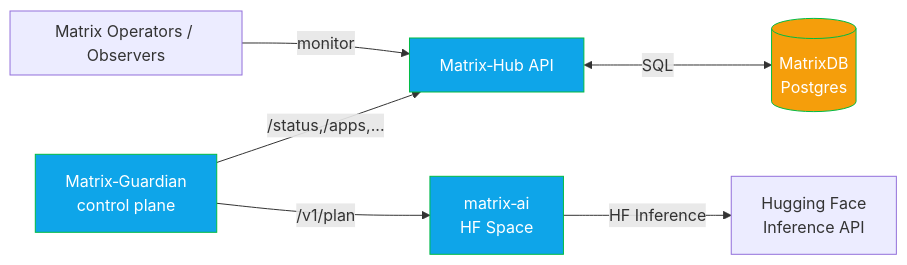
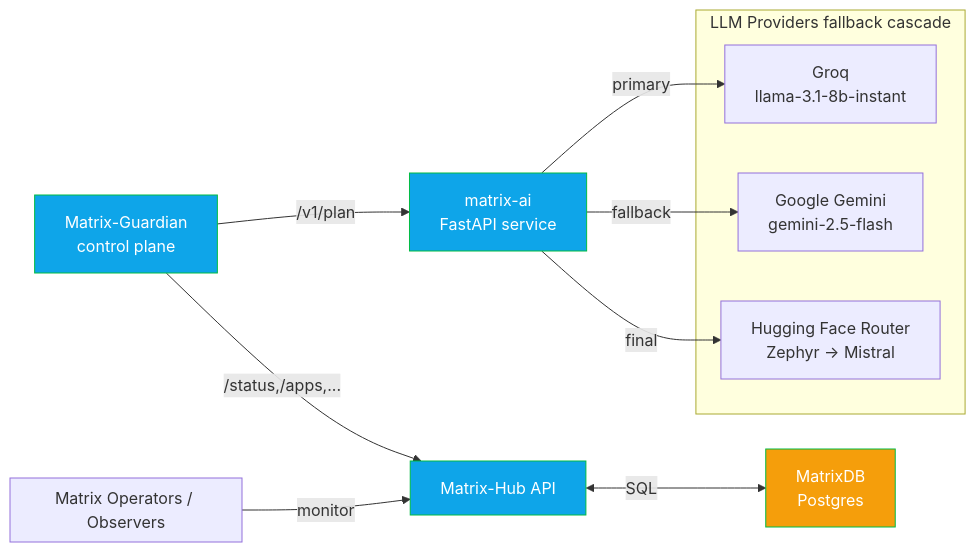
Before and after one commit to agent-matrix/matrix-ai: the first of 3 diagrams in README.md, drawn with Mermaid. The commit also changed other lines of this file, not shown here.

````diff
--- a/README.md
+++ b/README.md
@@ -33,21 +43,25 @@
 ```mermaid
 flowchart LR
-  subgraph Client[Matrix Operators / Observers]
-  end
+    subgraph Client [Matrix Operators / Observers]
+    end
 
-  Client -->|monitor| HubAPI[Matrix‑Hub API]
-  Guardian[Matrix‑Guardian
-control plane] -->|/v1/plan| AI[matrix‑ai
-HF Space]
-  Guardian -->|/status,/apps,...| HubAPI
-  HubAPI <-->|SQL| DB[(MatrixDB
-Postgres)]
+    Client -->|monitor| HubAPI[Matrix-Hub API]
+    Guardian[Matrix-Guardian<br/>control plane] -->|/v1/plan| AI[matrix-ai<br/>FastAPI service]
+    Guardian -->|/status,/apps,...| HubAPI
+    HubAPI <-->|SQL| DB[MatrixDB<br/>Postgres]
 
-  AI -->|HF Inference| HF[Hugging Face
-Inference API]
+    subgraph LLM [LLM Providers fallback cascade]
+        GROQ[Groq<br/>llama-3.1-8b-instant]
+        GEM[Google Gemini<br/>gemini-2.5-flash]
+        HF[Hugging Face Router<br/>Zephyr → Mistral]
+    end
 
-  classDef svc fill:#0ea5e9,stroke:#0b4,stroke-width:1,color:#fff
-  classDef db fill:#f59e0b,stroke:#0b4,stroke-width:1,color:#fff
-  class Guardian,AI,HubAPI svc
-  class DB db
+    AI -->|primary| GROQ
+    AI -->|fallback| GEM
+    AI -->|final| HF
+
+    classDef svc fill:#0ea5e9,stroke:#0b4,stroke-width:1,color:#fff
+    classDef db fill:#f59e0b,stroke:#0b4,stroke-width:1,color:#fff
+    class Guardian,AI,HubAPI svc
+    class DB db
 ```
````
